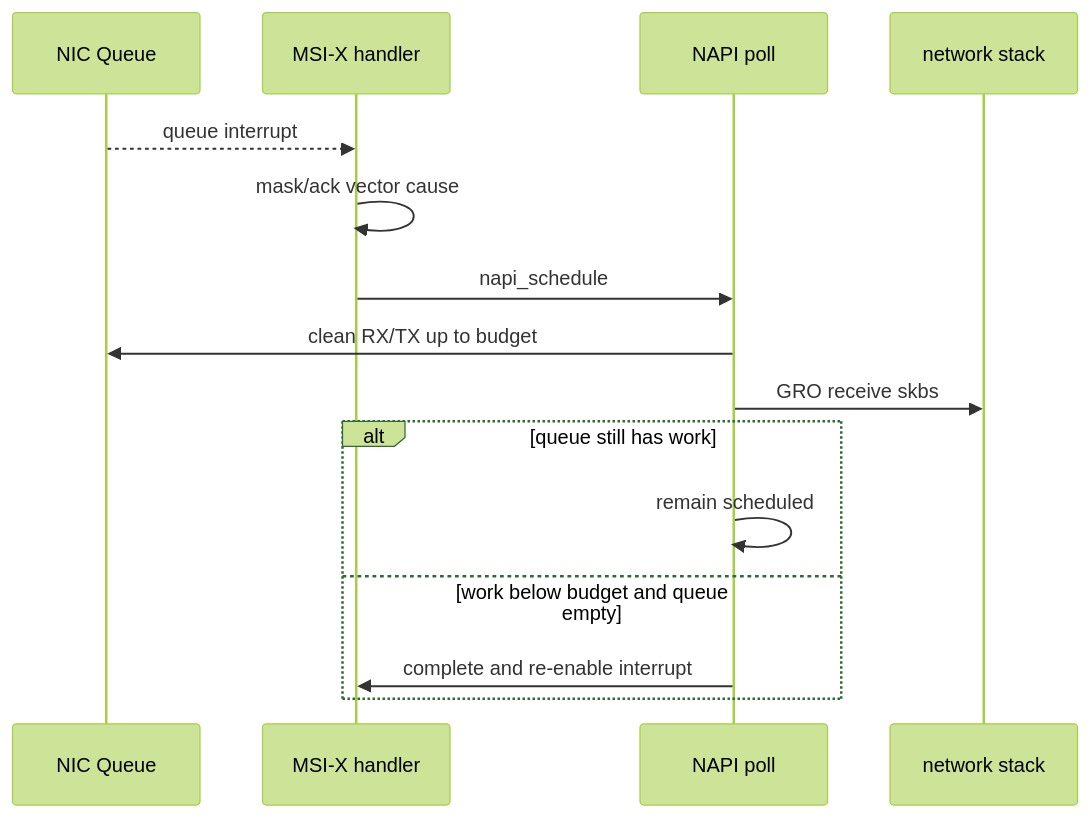
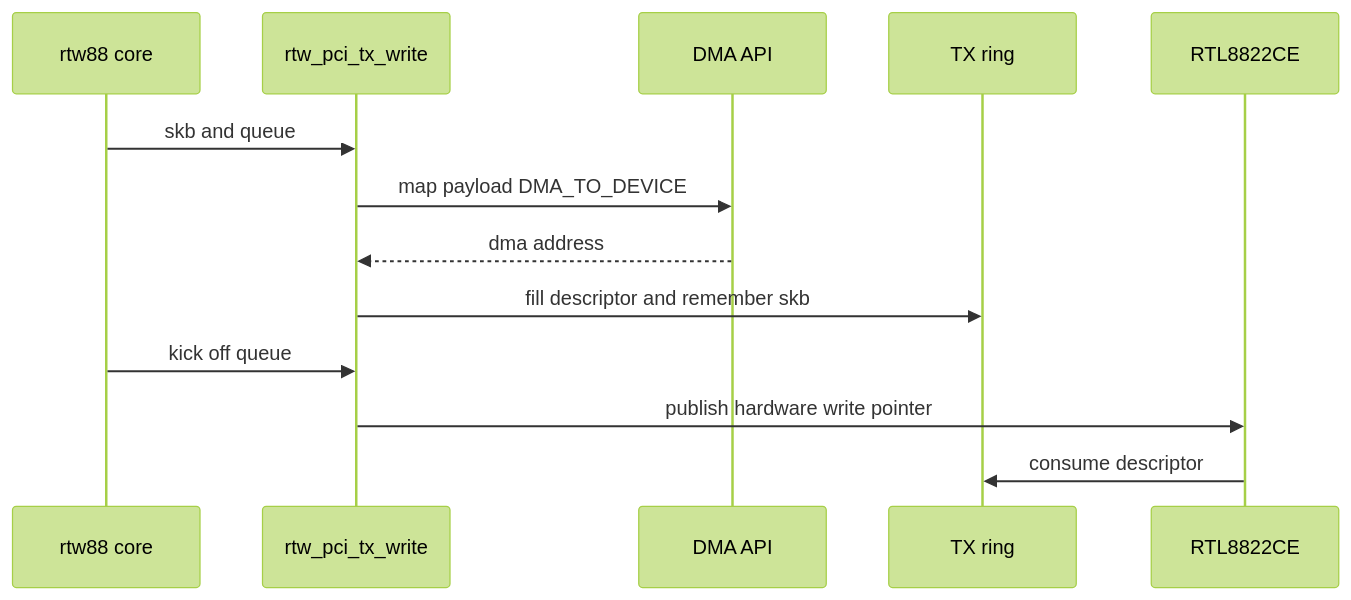
Before and after one commit to cdragon-ljl/EEandEdgeAI: the fourth of 5 diagrams in docs/articles/pcie/pci-14-network-driver-ring-napi-msix.md, drawn with Mermaid (forest theme). The commit also changed other lines of this file and 4 other files, not shown here.

````diff
--- a/docs/articles/pcie/pci-14-network-driver-ring-napi-msix.md
+++ b/docs/articles/pcie/pci-14-network-driver-ring-napi-msix.md
@@ -301,17 +104,15 @@
 ```mermaid
 sequenceDiagram
-    participant DEV as NIC Queue
-    participant IRQ as MSI-X handler
-    participant NAPI as NAPI poll
-    participant STACK as network stack
-    DEV-->>IRQ: queue interrupt
-    IRQ->>IRQ: mask/ack vector cause
-    IRQ->>NAPI: napi_schedule
-    NAPI->>DEV: clean RX/TX up to budget
-    NAPI->>STACK: GRO receive skbs
-    alt queue still has work
-        NAPI->>NAPI: remain scheduled
-    else work below budget and queue empty
-        NAPI->>IRQ: complete and re-enable interrupt
-    end
+    participant CORE as rtw88 core
+    participant TX as rtw_pci_tx_write
+    participant DMA as DMA API
+    participant RING as TX ring
+    participant DEV as RTL8822CE
+    CORE->>TX: skb and queue
+    TX->>DMA: map payload DMA_TO_DEVICE
+    DMA-->>TX: dma address
+    TX->>RING: fill descriptor and remember skb
+    CORE->>TX: kick off queue
+    TX->>DEV: publish hardware write pointer
+    DEV->>RING: consume descriptor
 ```
````
